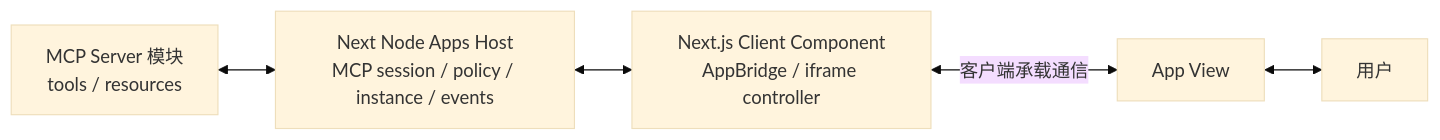
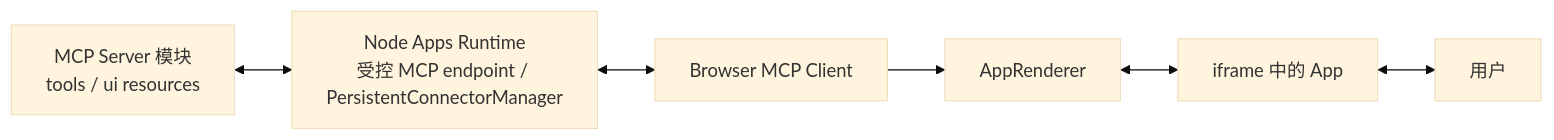
Before and after one commit to glide-the/im-dream: the first of 2 diagrams in docs/design/claude-agent/mcp-apps-client-host-communication.md, drawn with Mermaid (base theme). The commit also changed other lines of this file and 7 other files, not shown here.

Commit message:
docs: converge MCP Apps host design

````diff
--- a/docs/design/claude-agent/mcp-apps-client-host-communication.md
+++ b/docs/design/claude-agent/mcp-apps-client-host-communication.md
@@ -57,7 +56,8 @@
 ```mermaid
 flowchart LR
-    S["MCP Server 模块<br/>tools / resources"] <--> N["Next Node Apps Host<br/>MCP session / policy / instance / events"]
-    N <--> B["Next.js Client Component<br/>AppBridge / iframe controller"]
-    B <-->|"客户端承载通信"| V["App View"]
+    S["MCP Server 模块<br/>tools / ui resources"] <--> N["Node Apps Runtime<br/>受控 MCP endpoint / PersistentConnectorManager"]
+    N <--> C["Browser MCP Client"]
+    C --> R["AppRenderer"]
+    R <--> V["iframe 中的 App"]
     V <--> U["用户"]
 ```
````
